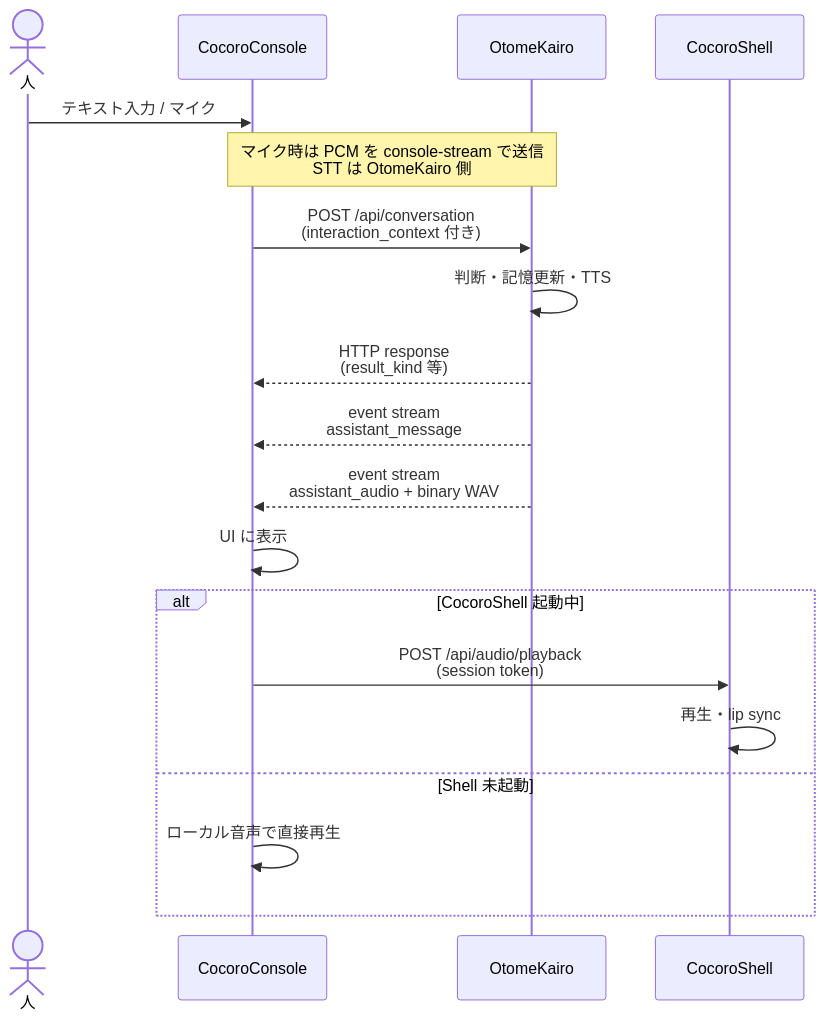
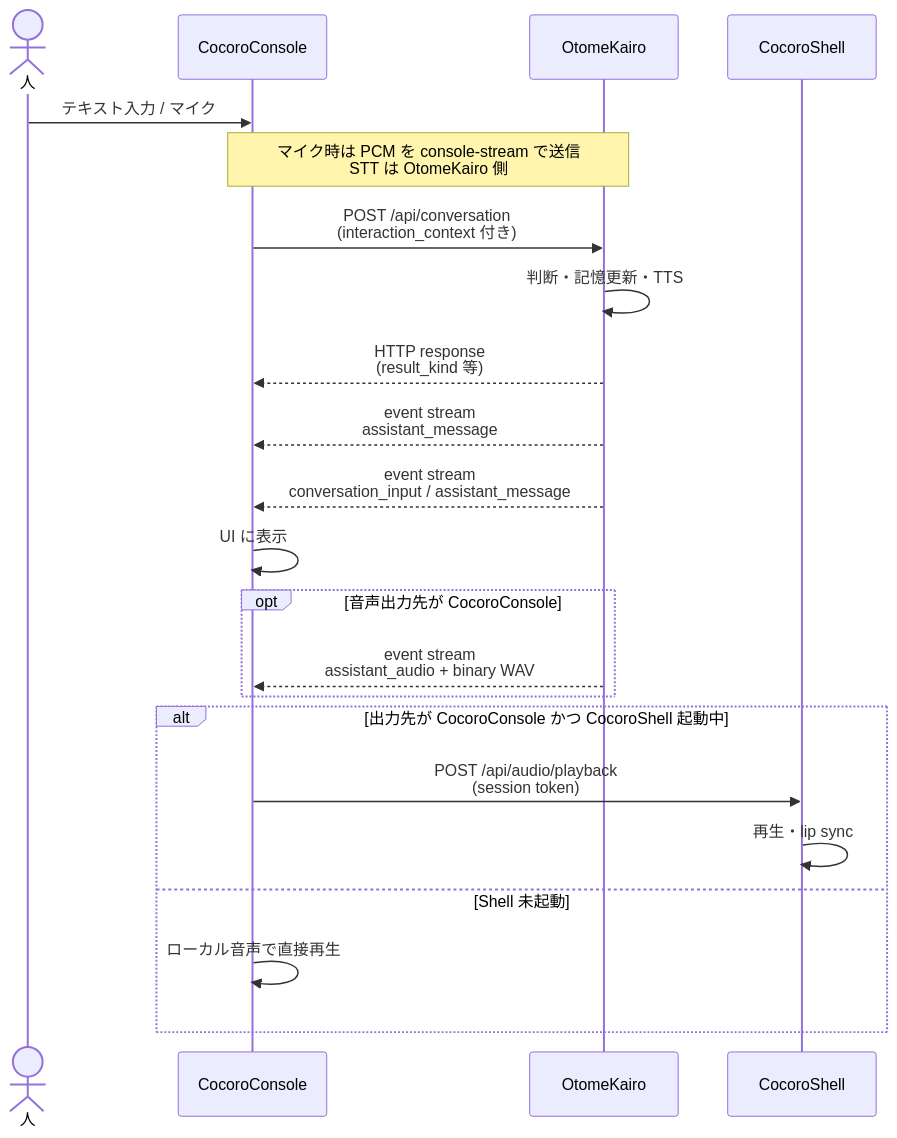
One commit to hirona98/OtomeKairo changed the third of 7 diagrams in docs/design/integration/OtomeKairoとCocoroConsoleとCocoroShell.md. Above: the diagram before and after it, drawn with Mermaid. The commit also changed other lines of this file and 38 other files, not shown here.

````diff
--- a/docs/design/integration/OtomeKairoとCocoroConsoleとCocoroShell.md
+++ b/docs/design/integration/OtomeKairoとCocoroConsoleとCocoroShell.md
@@ -95,22 +95,25 @@
 ```mermaid
 sequenceDiagram
     actor Person as 人
     participant CC as CocoroConsole
     participant OK as OtomeKairo
     participant CS as CocoroShell
 
     Person->>CC: テキスト入力 / マイク
     Note over CC,OK: マイク時は PCM を console-stream で送信<br/>STT は OtomeKairo 側
     CC->>OK: POST /api/conversation<br/>(interaction_context 付き)
     OK->>OK: 判断・記憶更新・TTS
     OK-->>CC: HTTP response<br/>(result_kind 等)
     OK-->>CC: event stream<br/>assistant_message
-    OK-->>CC: event stream<br/>assistant_audio + binary WAV
+    OK-->>CC: event stream<br/>conversation_input / assistant_message
     CC->>CC: UI に表示
-    alt CocoroShell 起動中
+    opt 音声出力先が CocoroConsole
+      OK-->>CC: event stream<br/>assistant_audio + binary WAV
+    end
+    alt 出力先が CocoroConsole かつ CocoroShell 起動中
         CC->>CS: POST /api/audio/playback<br/>(session token)
         CS->>CS: 再生・lip sync
     else Shell 未起動
         CC->>CC: ローカル音声で直接再生
     end
 ```
````
